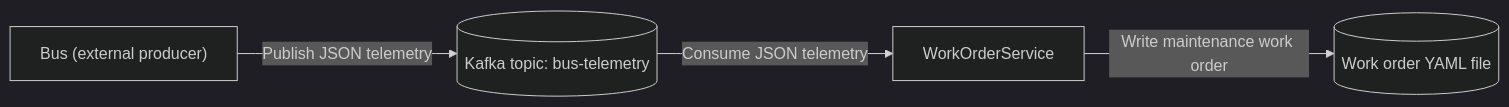
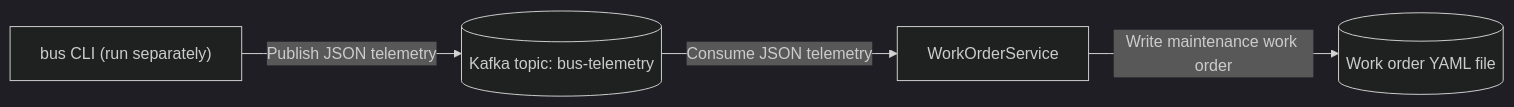
The diagram in DirectToTopic.SingleConsumer/README.md (bsstahl/CTPDemos), drawn with Mermaid (dark theme) before and after one commit. The commit also changed other lines of this file and 10 other files, not shown here.

First line of the commit message:
Feature/direct to topic bus cli (#4)

````diff
--- a/DirectToTopic.SingleConsumer/README.md
+++ b/DirectToTopic.SingleConsumer/README.md
@@ -8,11 +9,11 @@
 ```mermaid
 flowchart LR
-    bus["Bus (external producer)"]
+    bus["bus CLI (run separately)"]
     topic[("Kafka topic: bus-telemetry")]
     worker["WorkOrderService"]
     output[("Work order YAML file")]
 
     bus -->|"Publish JSON telemetry"| topic
     topic -->|"Consume JSON telemetry"| worker
     worker -->|"Write maintenance work order"| output
 ```
````
